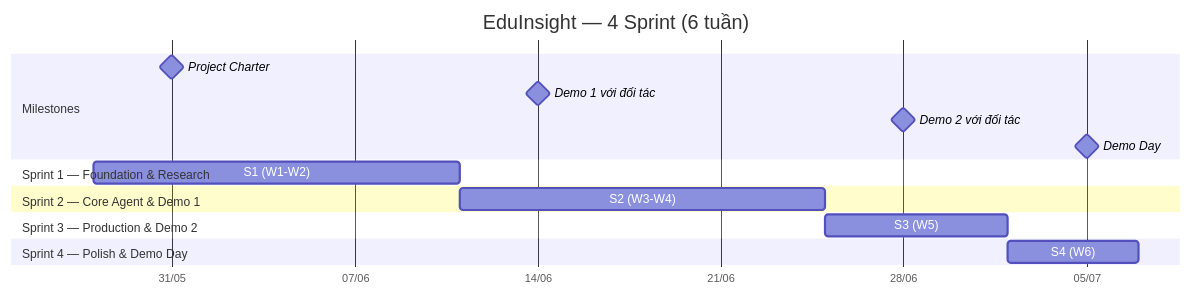
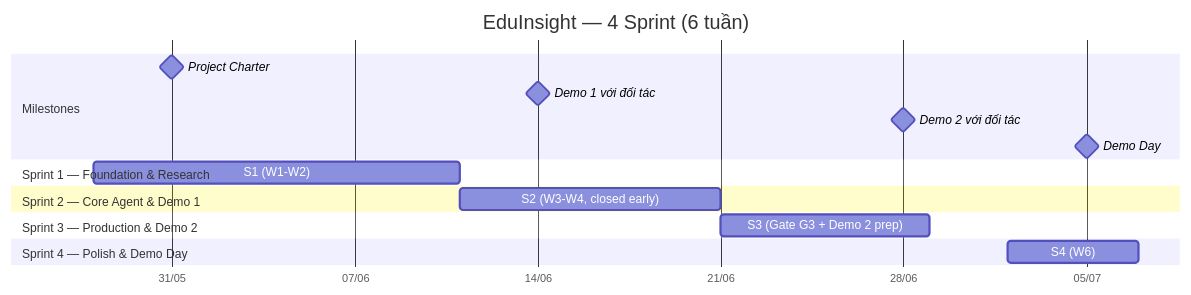
The diagram in docs/07-Sprint-Planning/SprintPlanning.md (ritvien/-Learning-Analytics-AI), drawn with Mermaid before and after one commit. The commit also changed other lines of this file and 3 other files, not shown here.

````diff
--- a/docs/07-Sprint-Planning/SprintPlanning.md
+++ b/docs/07-Sprint-Planning/SprintPlanning.md
@@ -63,24 +63,24 @@
 ```mermaid
 gantt
     title EduInsight — 4 Sprint (6 tuần)
     dateFormat YYYY-MM-DD
     axisFormat %d/%m
 
     section Milestones
     Project Charter                :milestone, m1, 2026-05-31, 0d
     Demo 1 với đối tác             :milestone, m2, 2026-06-14, 0d
     Demo 2 với đối tác             :milestone, m3, 2026-06-28, 0d
     Demo Day                       :milestone, m4, 2026-07-05, 0d
 
     section Sprint 1 — Foundation & Research
     S1 (W1-W2)                     :s1, 2026-05-28, 14d
 
     section Sprint 2 — Core Agent & Demo 1
-    S2 (W3-W4)                     :s2, 2026-06-11, 14d
+    S2 (W3-W4, closed early)       :s2, 2026-06-11, 10d
 
     section Sprint 3 — Production & Demo 2
-    S3 (W5)                        :s3, 2026-06-25, 7d
+    S3 (Gate G3 + Demo 2 prep)     :s3, 2026-06-21, 8d
 
     section Sprint 4 — Polish & Demo Day
     S4 (W6)                        :s4, 2026-07-02, 5d
 ```
````
